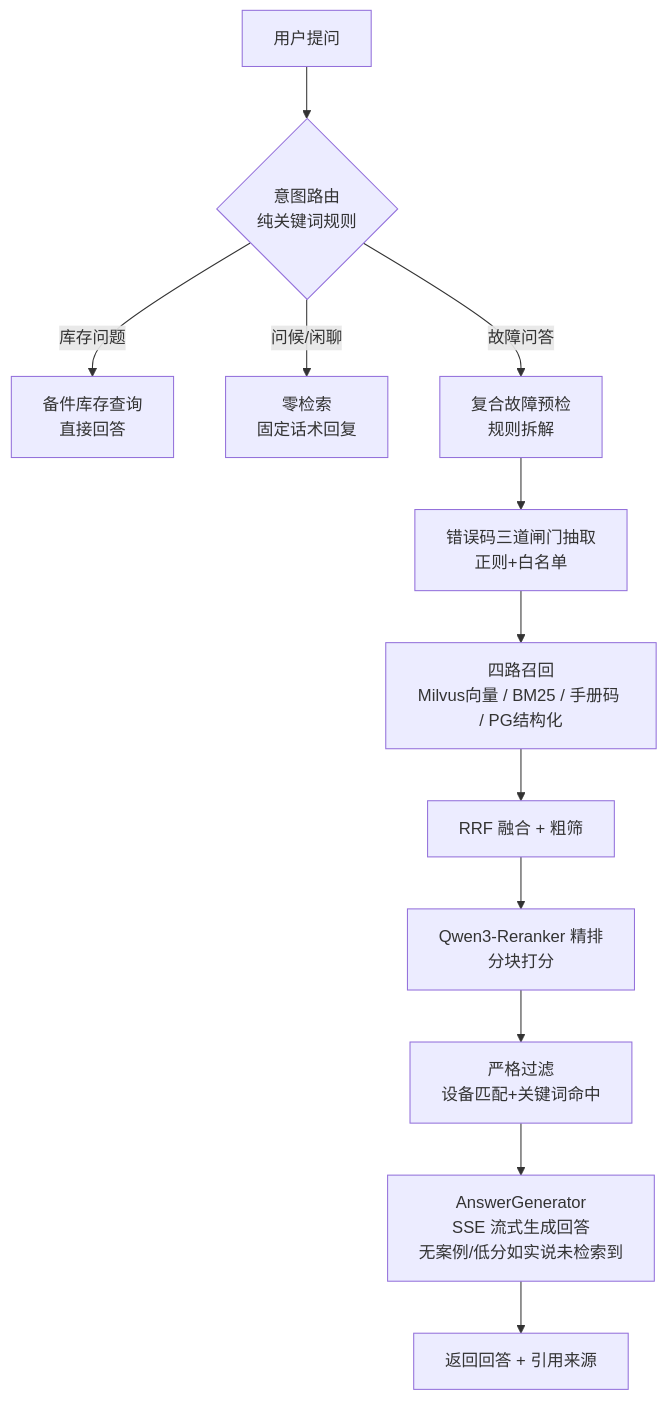
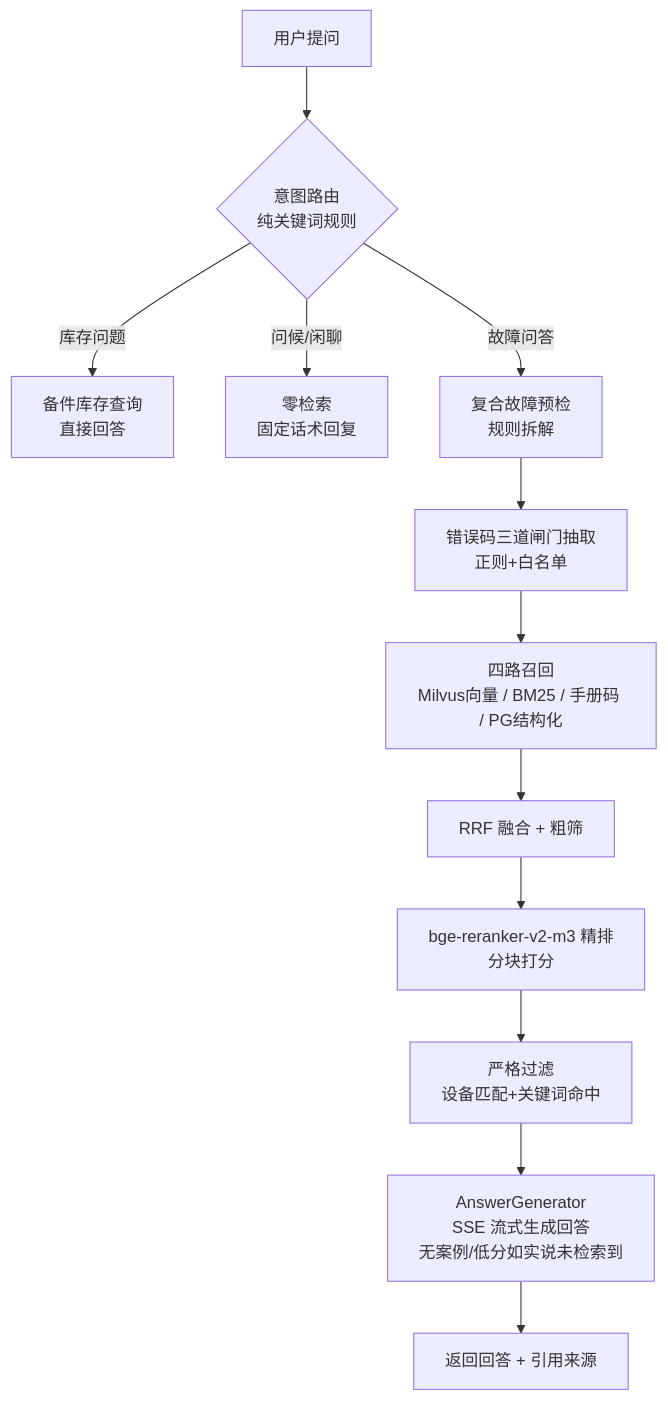
The first of 3 diagrams in README.md (SHUN-EI/Car-Repair-System), drawn with Mermaid before and after one commit. The commit also changed other lines of this file and 44 other files, not shown here.

````diff
--- a/README.md
+++ b/README.md
@@ -184,14 +184,14 @@
 ```mermaid
 flowchart TD
     A[用户提问] --> B{意图路由<br/>纯关键词规则}
     B -- 库存问题 --> C[备件库存查询<br/>直接回答]
     B -- 问候/闲聊 --> D[零检索<br/>固定话术回复]
     B -- 故障问答 --> E[复合故障预检<br/>规则拆解]
     E --> F[错误码三道闸门抽取<br/>正则+白名单]
     F --> G[四路召回<br/>Milvus向量 / BM25 / 手册码 / PG结构化]
     G --> H[RRF 融合 + 粗筛]
-    H --> I[Qwen3-Reranker 精排<br/>分块打分]
+    H --> I[bge-reranker-v2-m3 精排<br/>分块打分]
     I --> J[严格过滤<br/>设备匹配+关键词命中]
     J --> K[AnswerGenerator<br/>SSE 流式生成回答<br/>无案例/低分如实说未检索到]
     K --> L[返回回答 + 引用来源]
 ```
````
